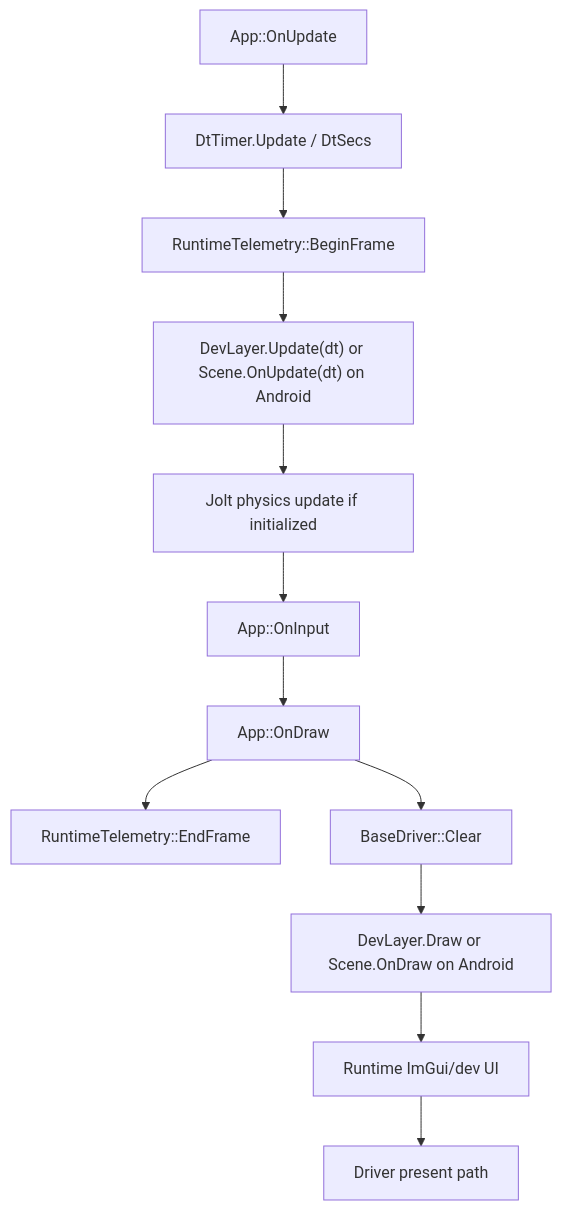
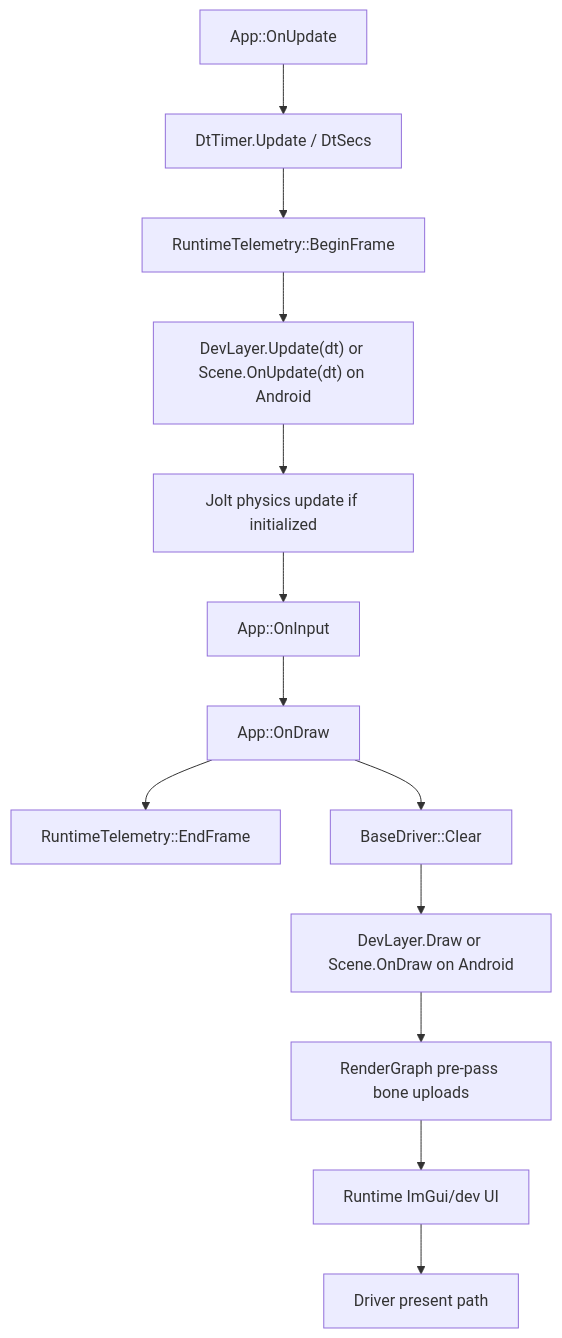
One commit to 0Camus0/T850 changed the fourth of 7 diagrams in documentation/architecture/main-architecture.md. Above: the diagram before and after it, drawn with Mermaid. The commit also changed other lines of this file and 92 other files, not shown here.

````diff
--- a/documentation/architecture/main-architecture.md
+++ b/documentation/architecture/main-architecture.md
@@ -243,15 +244,16 @@
 ```mermaid
 flowchart TD
   Frame["App::OnUpdate"] --> Timer["DtTimer.Update / DtSecs"]
   Timer --> TelemetryStart["RuntimeTelemetry::BeginFrame"]
   TelemetryStart --> SceneUpdate["DevLayer.Update(dt) or Scene.OnUpdate(dt) on Android"]
   SceneUpdate --> Physics["Jolt physics update if initialized"]
   Physics --> Input["App::OnInput"]
   Input --> Draw["App::OnDraw"]
   Draw --> TelemetryEnd["RuntimeTelemetry::EndFrame"]
 
   Draw --> Clear["BaseDriver::Clear"]
   Clear --> SceneDraw["DevLayer.Draw or Scene.OnDraw on Android"]
-  SceneDraw --> RuntimeGUI["Runtime ImGui/dev UI"]
+  SceneDraw --> BoneUpload["RenderGraph pre-pass bone uploads"]
+  BoneUpload --> RuntimeGUI["Runtime ImGui/dev UI"]
   RuntimeGUI --> Present["Driver present path"]
 ```
````
